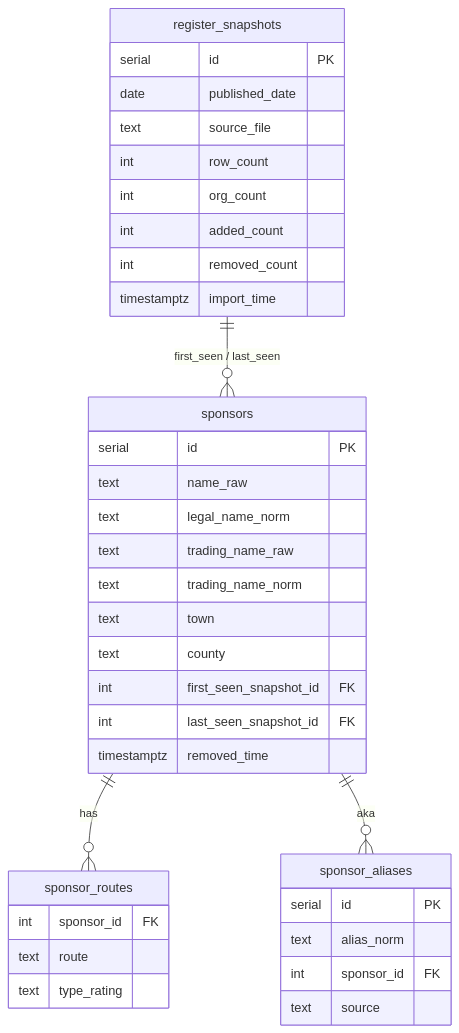
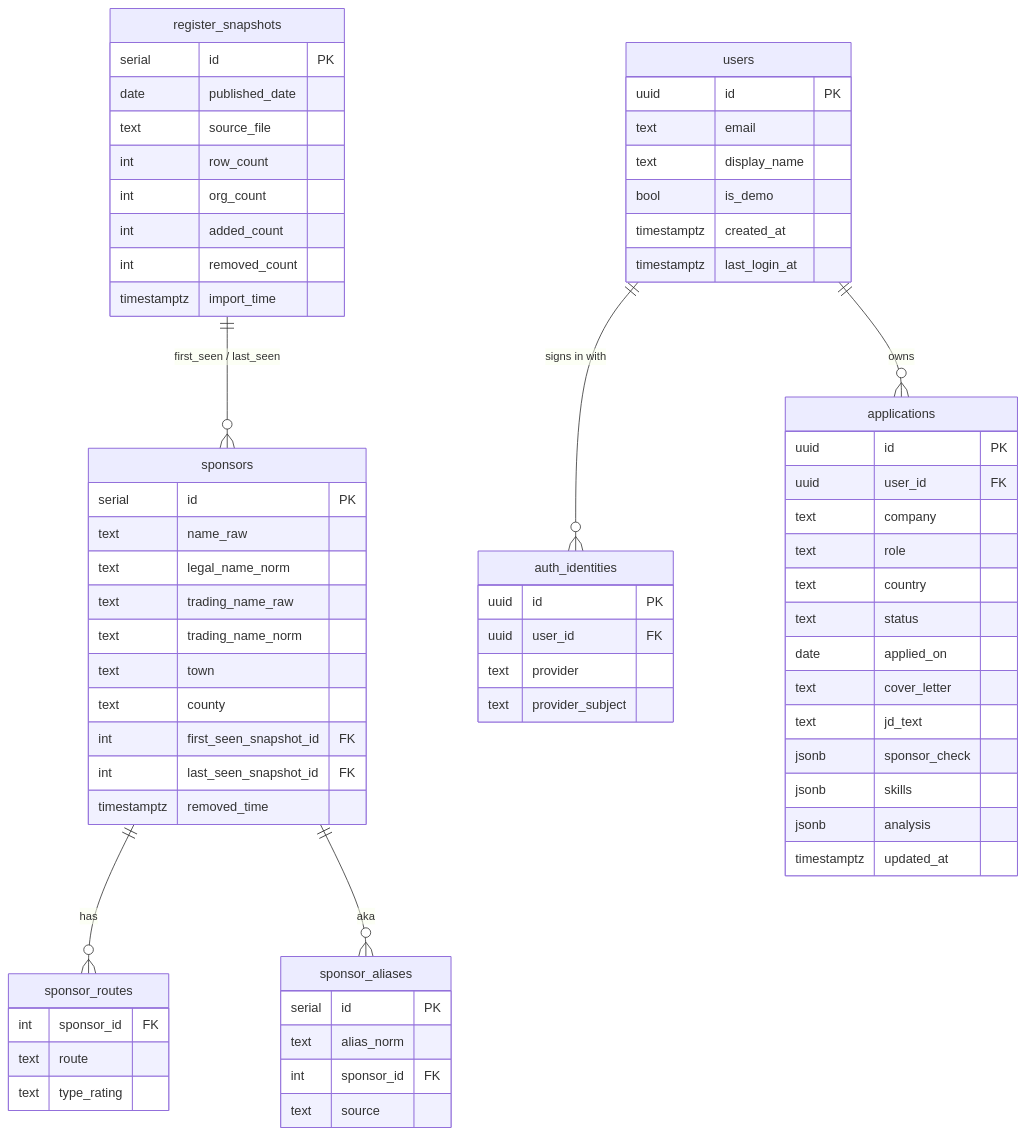
One commit to yc-rainyu/job-sponsor-tracker changed the second of 2 diagrams in README.md. Above: the diagram before and after it, drawn with Mermaid. The commit also changed other lines of this file, not shown here.

````diff
--- a/README.md
+++ b/README.md
@@ -97,43 +135,77 @@
 ```mermaid
 erDiagram
   register_snapshots ||--o{ sponsors : "first_seen / last_seen"
   sponsors ||--o{ sponsor_routes : has
   sponsors ||--o{ sponsor_aliases : aka
+  users ||--o{ auth_identities : "signs in with"
+  users ||--o{ applications : owns
 
   register_snapshots {
     serial id PK
     date published_date
     text source_file
     int row_count
     int org_count
     int added_count
     int removed_count
     timestamptz import_time
   }
 
   sponsors {
     serial id PK
     text name_raw
     text legal_name_norm
     text trading_name_raw
     text trading_name_norm
     text town
     text county
     int first_seen_snapshot_id FK
     int last_seen_snapshot_id FK
     timestamptz removed_time
   }
 
   sponsor_routes {
     int sponsor_id FK
     text route
     text type_rating
   }
 
   sponsor_aliases {
     serial id PK
     text alias_norm
     int sponsor_id FK
     text source
   }
+
+  users {
+    uuid id PK
+    text email
+    text display_name
+    bool is_demo
+    timestamptz created_at
+    timestamptz last_login_at
+  }
+
+  auth_identities {
+    uuid id PK
+    uuid user_id FK
+    text provider
+    text provider_subject
+  }
+
+  applications {
+    uuid id PK
+    uuid user_id FK
+    text company
+    text role
+    text country
+    text status
+    date applied_on
+    text cover_letter
+    text jd_text
+    jsonb sponsor_check
+    jsonb skills
+    jsonb analysis
+    timestamptz updated_at
+  }
 ```
````
